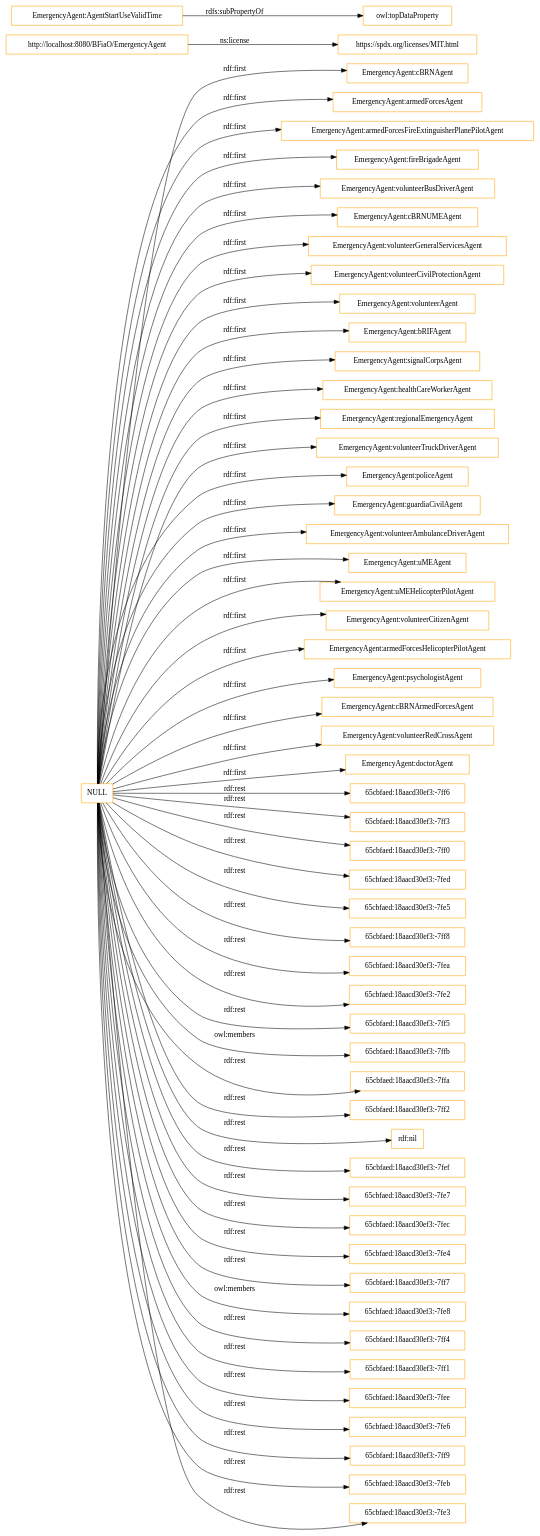
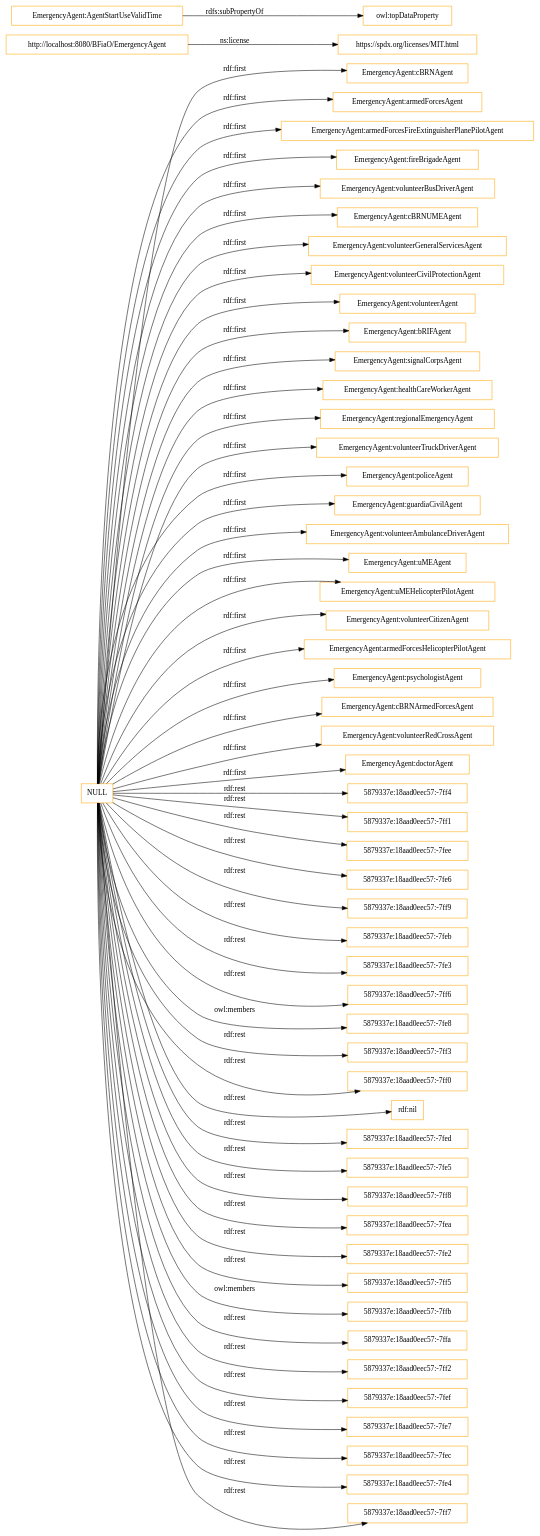
The diagram in OnToology/EmergencyAgent.owl/diagrams/ar2dtool-class/EmergencyAgent.owl.png.dot (ahmad88me/bfiao), drawn with Graphviz before and after one commit. The commit also changed 23 other files, not shown here.

```diff
--- a/OnToology/EmergencyAgent.owl/diagrams/ar2dtool-class/EmergencyAgent.owl.png.dot
+++ b/OnToology/EmergencyAgent.owl/diagrams/ar2dtool-class/EmergencyAgent.owl.png.dot
@@ -1,59 +1,59 @@
 digraph ar2dtool_diagram { 
 rankdir=LR;
 size="1501"
 node [shape = rectangle, color="orange"]; "EmergencyAgent:cBRNAgent" "EmergencyAgent:armedForcesAgent" "EmergencyAgent:armedForcesFireExtinguisherPlanePilotAgent" "EmergencyAgent:fireBrigadeAgent" "EmergencyAgent:volunteerBusDriverAgent" "EmergencyAgent:cBRNUMEAgent" "EmergencyAgent:volunteerGeneralServicesAgent" "EmergencyAgent:volunteerCivilProtectionAgent" "EmergencyAgent:volunteerAgent" "EmergencyAgent:bRIFAgent" "EmergencyAgent:signalCorpsAgent" "EmergencyAgent:healthCareWorkerAgent" "EmergencyAgent:regionalEmergencyAgent" "EmergencyAgent:volunteerTruckDriverAgent" "EmergencyAgent:policeAgent" "EmergencyAgent:guardiaCivilAgent" "EmergencyAgent:volunteerAmbulanceDriverAgent" "EmergencyAgent:uMEAgent" "EmergencyAgent:uMEHelicopterPilotAgent" "EmergencyAgent:volunteerCitizenAgent" "EmergencyAgent:armedForcesHelicopterPilotAgent" "EmergencyAgent:psychologistAgent" "EmergencyAgent:cBRNArmedForcesAgent" "EmergencyAgent:volunteerRedCrossAgent" "EmergencyAgent:doctorAgent" ; /*classes style*/
 	"http://localhost:8080/BFiaO/EmergencyAgent" -> "https://spdx.org/licenses/MIT.html" [ label = "ns:license" ];
 	"NULL" -> "EmergencyAgent:volunteerTruckDriverAgent" [ label = "rdf:first" ];
-	"NULL" -> "65cbfaed:18aacd30ef3:-7ff6" [ label = "rdf:rest" ];
-	"NULL" -> "65cbfaed:18aacd30ef3:-7ff3" [ label = "rdf:rest" ];
-	"NULL" -> "65cbfaed:18aacd30ef3:-7ff0" [ label = "rdf:rest" ];
+	"NULL" -> "5879337e:18aad0eec57:-7ff4" [ label = "rdf:rest" ];
+	"NULL" -> "5879337e:18aad0eec57:-7ff1" [ label = "rdf:rest" ];
 	"NULL" -> "EmergencyAgent:uMEHelicopterPilotAgent" [ label = "rdf:first" ];
 	"NULL" -> "EmergencyAgent:bRIFAgent" [ label = "rdf:first" ];
 	"NULL" -> "EmergencyAgent:volunteerGeneralServicesAgent" [ label = "rdf:first" ];
+	"NULL" -> "5879337e:18aad0eec57:-7fee" [ label = "rdf:rest" ];
+	"NULL" -> "5879337e:18aad0eec57:-7fe6" [ label = "rdf:rest" ];
+	"NULL" -> "5879337e:18aad0eec57:-7ff9" [ label = "rdf:rest" ];
+	"NULL" -> "5879337e:18aad0eec57:-7feb" [ label = "rdf:rest" ];
 	"NULL" -> "EmergencyAgent:cBRNArmedForcesAgent" [ label = "rdf:first" ];
-	"NULL" -> "65cbfaed:18aacd30ef3:-7fed" [ label = "rdf:rest" ];
 	"NULL" -> "EmergencyAgent:regionalEmergencyAgent" [ label = "rdf:first" ];
-	"NULL" -> "65cbfaed:18aacd30ef3:-7fe5" [ label = "rdf:rest" ];
+	"NULL" -> "5879337e:18aad0eec57:-7fe3" [ label = "rdf:rest" ];
 	"NULL" -> "EmergencyAgent:fireBrigadeAgent" [ label = "rdf:first" ];
-	"NULL" -> "65cbfaed:18aacd30ef3:-7ff8" [ label = "rdf:rest" ];
-	"NULL" -> "65cbfaed:18aacd30ef3:-7fea" [ label = "rdf:rest" ];
+	"NULL" -> "5879337e:18aad0eec57:-7ff6" [ label = "rdf:rest" ];
 	"NULL" -> "EmergencyAgent:volunteerRedCrossAgent" [ label = "rdf:first" ];
-	"NULL" -> "65cbfaed:18aacd30ef3:-7fe2" [ label = "rdf:rest" ];
-	"NULL" -> "65cbfaed:18aacd30ef3:-7ff5" [ label = "rdf:rest" ];
-	"NULL" -> "65cbfaed:18aacd30ef3:-7ffb" [ label = "owl:members" ];
-	"NULL" -> "65cbfaed:18aacd30ef3:-7ffa" [ label = "rdf:rest" ];
-	"NULL" -> "65cbfaed:18aacd30ef3:-7ff2" [ label = "rdf:rest" ];
+	"NULL" -> "5879337e:18aad0eec57:-7fe8" [ label = "owl:members" ];
+	"NULL" -> "5879337e:18aad0eec57:-7ff3" [ label = "rdf:rest" ];
+	"NULL" -> "5879337e:18aad0eec57:-7ff0" [ label = "rdf:rest" ];
 	"NULL" -> "EmergencyAgent:armedForcesHelicopterPilotAgent" [ label = "rdf:first" ];
 	"NULL" -> "rdf:nil" [ label = "rdf:rest" ];
 	"NULL" -> "EmergencyAgent:doctorAgent" [ label = "rdf:first" ];
-	"NULL" -> "65cbfaed:18aacd30ef3:-7fef" [ label = "rdf:rest" ];
-	"NULL" -> "65cbfaed:18aacd30ef3:-7fe7" [ label = "rdf:rest" ];
-	"NULL" -> "65cbfaed:18aacd30ef3:-7fec" [ label = "rdf:rest" ];
+	"NULL" -> "5879337e:18aad0eec57:-7fed" [ label = "rdf:rest" ];
+	"NULL" -> "5879337e:18aad0eec57:-7fe5" [ label = "rdf:rest" ];
+	"NULL" -> "5879337e:18aad0eec57:-7ff8" [ label = "rdf:rest" ];
 	"NULL" -> "EmergencyAgent:guardiaCivilAgent" [ label = "rdf:first" ];
-	"NULL" -> "65cbfaed:18aacd30ef3:-7fe4" [ label = "rdf:rest" ];
+	"NULL" -> "5879337e:18aad0eec57:-7fea" [ label = "rdf:rest" ];
+	"NULL" -> "5879337e:18aad0eec57:-7fe2" [ label = "rdf:rest" ];
 	"NULL" -> "EmergencyAgent:psychologistAgent" [ label = "rdf:first" ];
-	"NULL" -> "65cbfaed:18aacd30ef3:-7ff7" [ label = "rdf:rest" ];
-	"NULL" -> "65cbfaed:18aacd30ef3:-7fe8" [ label = "owl:members" ];
+	"NULL" -> "5879337e:18aad0eec57:-7ff5" [ label = "rdf:rest" ];
+	"NULL" -> "5879337e:18aad0eec57:-7ffb" [ label = "owl:members" ];
+	"NULL" -> "EmergencyAgent:armedForcesAgent" [ label = "rdf:first" ];
+	"NULL" -> "EmergencyAgent:healthCareWorkerAgent" [ label = "rdf:first" ];
 	"NULL" -> "EmergencyAgent:cBRNAgent" [ label = "rdf:first" ];
-	"NULL" -> "EmergencyAgent:healthCareWorkerAgent" [ label = "rdf:first" ];
-	"NULL" -> "EmergencyAgent:armedForcesAgent" [ label = "rdf:first" ];
-	"NULL" -> "65cbfaed:18aacd30ef3:-7ff4" [ label = "rdf:rest" ];
+	"NULL" -> "5879337e:18aad0eec57:-7ffa" [ label = "rdf:rest" ];
+	"NULL" -> "5879337e:18aad0eec57:-7ff2" [ label = "rdf:rest" ];
 	"NULL" -> "EmergencyAgent:policeAgent" [ label = "rdf:first" ];
-	"NULL" -> "65cbfaed:18aacd30ef3:-7ff1" [ label = "rdf:rest" ];
 	"NULL" -> "EmergencyAgent:volunteerAgent" [ label = "rdf:first" ];
 	"NULL" -> "EmergencyAgent:volunteerAmbulanceDriverAgent" [ label = "rdf:first" ];
 	"NULL" -> "EmergencyAgent:signalCorpsAgent" [ label = "rdf:first" ];
 	"NULL" -> "EmergencyAgent:volunteerBusDriverAgent" [ label = "rdf:first" ];
+	"NULL" -> "5879337e:18aad0eec57:-7fef" [ label = "rdf:rest" ];
+	"NULL" -> "5879337e:18aad0eec57:-7fe7" [ label = "rdf:rest" ];
 	"NULL" -> "EmergencyAgent:uMEAgent" [ label = "rdf:first" ];
 	"NULL" -> "EmergencyAgent:volunteerCitizenAgent" [ label = "rdf:first" ];
-	"NULL" -> "65cbfaed:18aacd30ef3:-7fee" [ label = "rdf:rest" ];
+	"NULL" -> "5879337e:18aad0eec57:-7fec" [ label = "rdf:rest" ];
 	"NULL" -> "EmergencyAgent:volunteerCivilProtectionAgent" [ label = "rdf:first" ];
-	"NULL" -> "65cbfaed:18aacd30ef3:-7fe6" [ label = "rdf:rest" ];
+	"NULL" -> "5879337e:18aad0eec57:-7fe4" [ label = "rdf:rest" ];
 	"NULL" -> "EmergencyAgent:cBRNUMEAgent" [ label = "rdf:first" ];
-	"NULL" -> "65cbfaed:18aacd30ef3:-7ff9" [ label = "rdf:rest" ];
+	"NULL" -> "5879337e:18aad0eec57:-7ff7" [ label = "rdf:rest" ];
 	"NULL" -> "EmergencyAgent:armedForcesFireExtinguisherPlanePilotAgent" [ label = "rdf:first" ];
-	"NULL" -> "65cbfaed:18aacd30ef3:-7feb" [ label = "rdf:rest" ];
-	"NULL" -> "65cbfaed:18aacd30ef3:-7fe3" [ label = "rdf:rest" ];
 	"EmergencyAgent:AgentStartUseValidTime" -> "owl:topDataProperty" [ label = "rdfs:subPropertyOf" ];
 
 }
```
